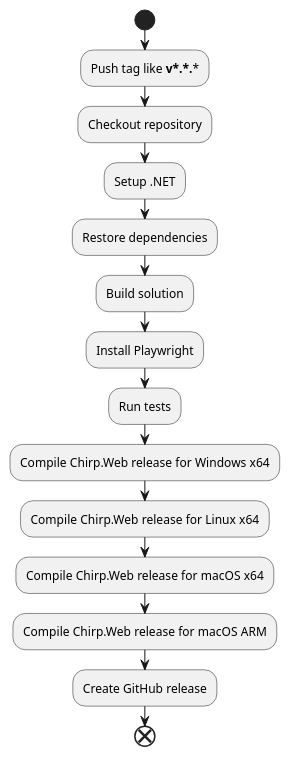
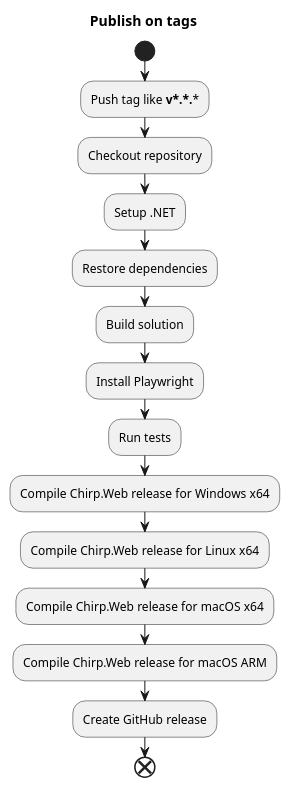
Diagram 12 of 14 in docs/report.md (ITU-BDSA2024-GROUP14/Chirp), drawn with PlantUML before and after one commit. The commit also changed other lines of this file, not shown here.

Commit message:
Add plantuml titles

````diff
--- a/docs/report.md
+++ b/docs/report.md
@@ -409,16 +423,19 @@
 ```plantuml
 start
+
+title Publish on tags
+
 :Push tag like **v*.*.***;
 :Checkout repository;
 :Setup .NET;
 :Restore dependencies;
 :Build solution;
 :Install Playwright;
 :Run tests;
 :Compile Chirp.Web release for Windows x64;
 :Compile Chirp.Web release for Linux x64;
 :Compile Chirp.Web release for macOS x64;
 :Compile Chirp.Web release for macOS ARM;
 :Create GitHub release;
 end
 ```
````
